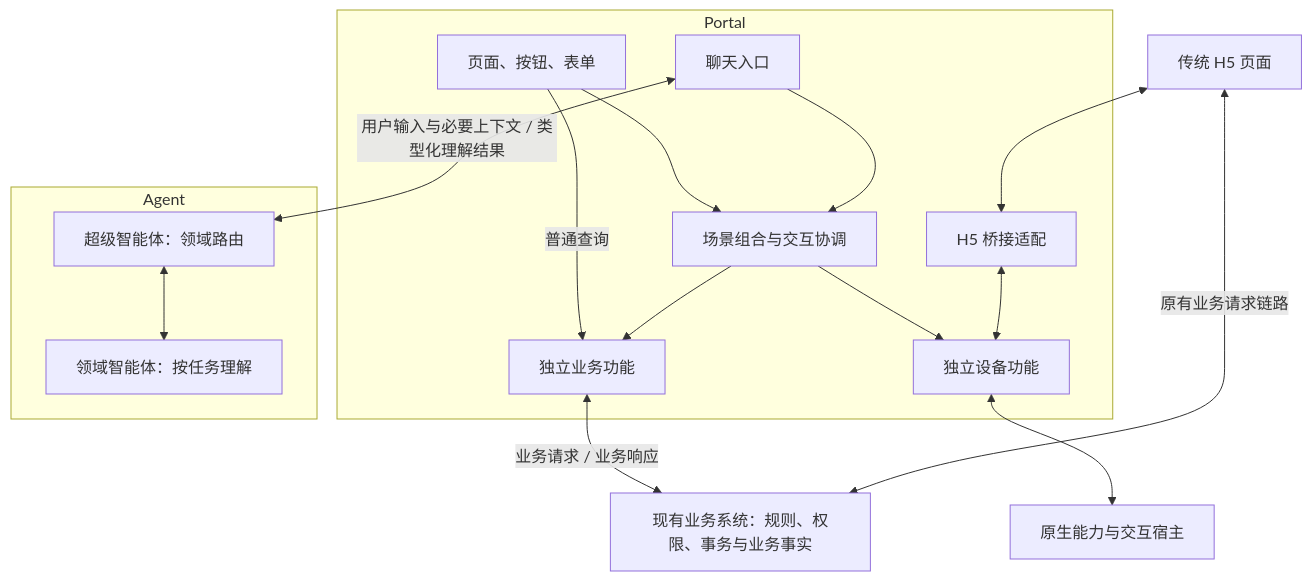
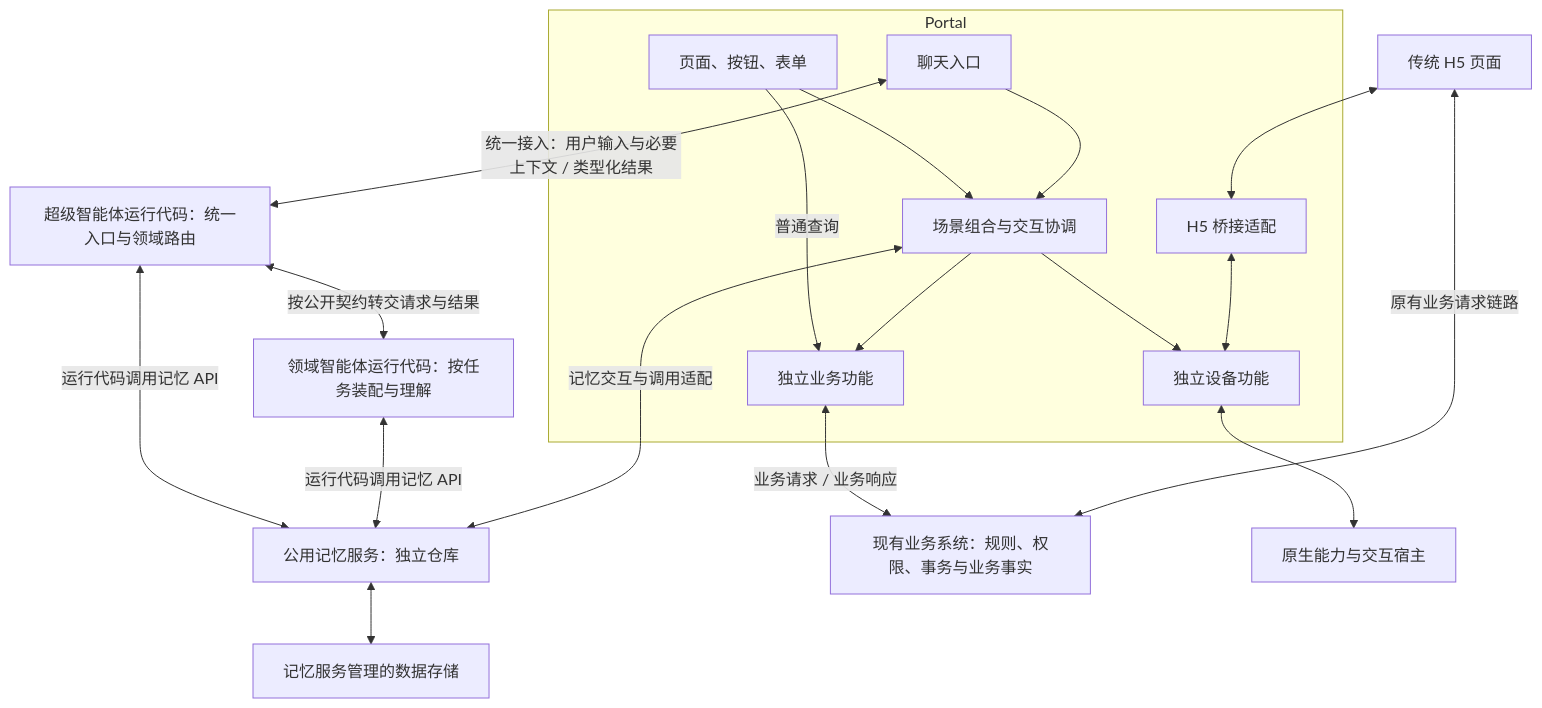
One commit to unif-skill/unif-portal-dev-skills changed the diagram in skills/architecture-design/references/platform-architecture.md. Above: the diagram before and after it, drawn with Mermaid. The commit also changed other lines of this file and 26 other files, not shown here.

````diff
--- a/skills/architecture-design/references/platform-architecture.md
+++ b/skills/architecture-design/references/platform-architecture.md
@@ -46,30 +46,34 @@
 ```mermaid
 flowchart TB
     subgraph Portal["Portal"]
         UI["页面、按钮、表单"]
         CHAT["聊天入口"]
         SCENE["场景组合与交互协调"]
         BUSINESS["独立业务功能"]
         DEVICE["独立设备功能"]
         BRIDGE["H5 桥接适配"]
         UI --> SCENE
         UI -->|"普通查询"| BUSINESS
         CHAT --> SCENE
         SCENE --> BUSINESS
         SCENE --> DEVICE
         BRIDGE <--> DEVICE
     end
-    subgraph Agent["Agent"]
-        SUPER["超级智能体：领域路由"]
-        DOMAIN["领域智能体：按任务理解"]
-        SUPER <--> DOMAIN
-    end
-    CHAT <-->|"用户输入与必要上下文 / 类型化理解结果"| SUPER
+    SUPER["超级智能体运行代码：统一入口与领域路由"]
+    DOMAIN["领域智能体运行代码：按任务装配与理解"]
+    SUPER <-->|"按公开契约转交请求与结果"| DOMAIN
+    CHAT <-->|"统一接入：用户输入与必要上下文 / 类型化结果"| SUPER
+    MEMORY["公用记忆服务：独立仓库"]
+    MEMORY_STORE["记忆服务管理的数据存储"]
+    SUPER <-->|"运行代码调用记忆 API"| MEMORY
+    DOMAIN <-->|"运行代码调用记忆 API"| MEMORY
+    SCENE <-->|"记忆交互与调用适配"| MEMORY
+    MEMORY <--> MEMORY_STORE
     SYSTEM["现有业务系统：规则、权限、事务与业务事实"]
     NATIVE["原生能力与交互宿主"]
     H5["传统 H5 页面"]
     BUSINESS <-->|"业务请求 / 业务响应"| SYSTEM
     DEVICE <--> NATIVE
     H5 <--> BRIDGE
     H5 <-->|"原有业务请求链路"| SYSTEM
 ```
````
